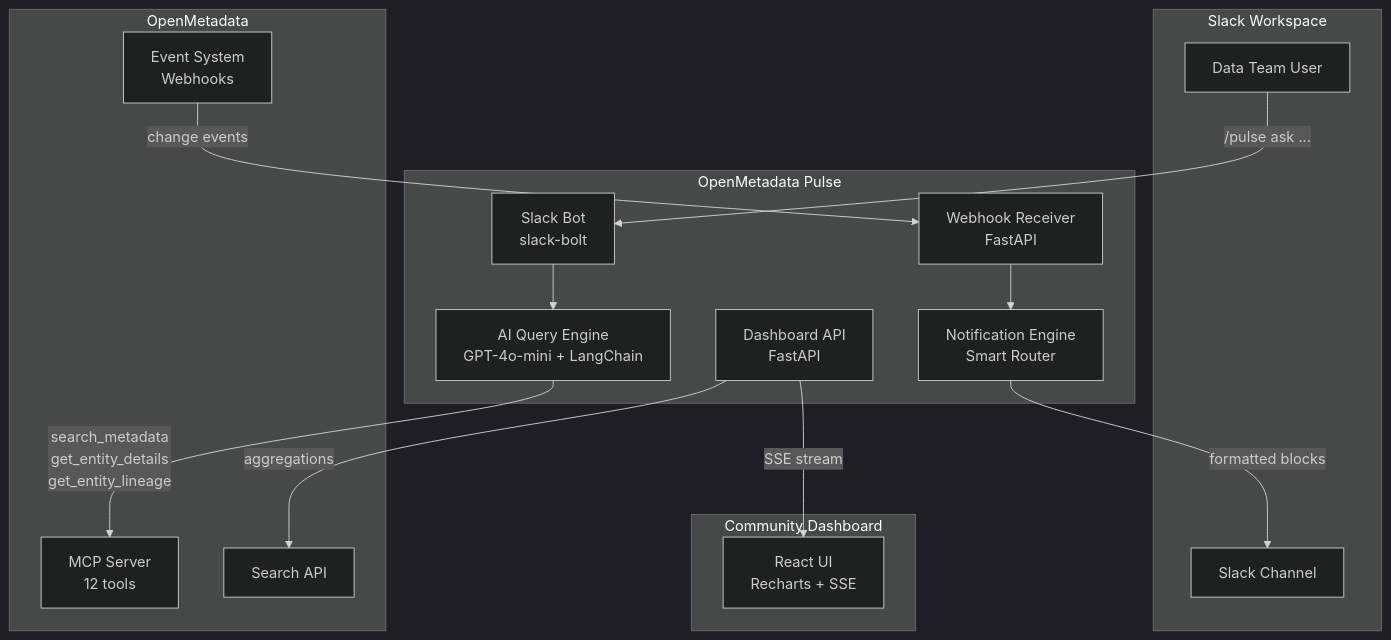
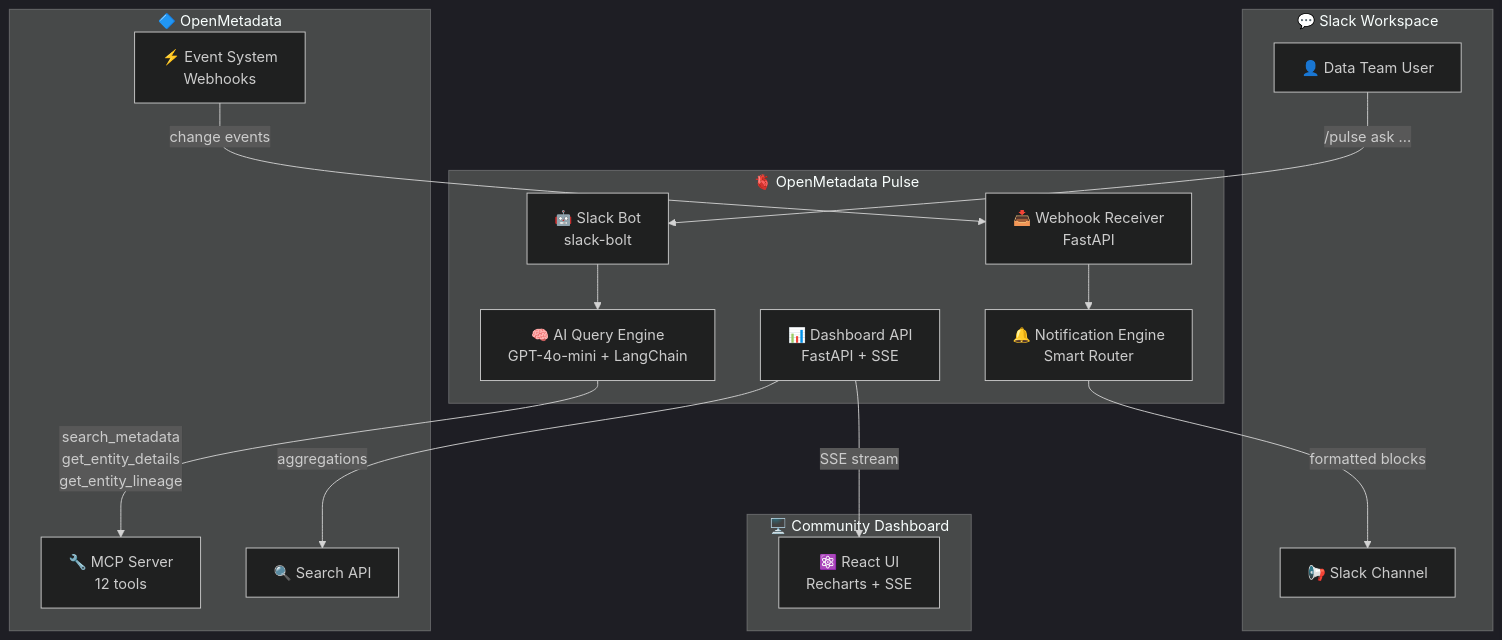
One commit to nishanthatgit/openmetadata-pulse changed the diagram in README.md. Above: the diagram before and after it, drawn with Mermaid (dark theme). The commit also changed other lines of this file, not shown here.

First line of the commit message:
docs: polish README with features, architecture, setup (#18)

````diff
--- a/README.md
+++ b/README.md
@@ -43,30 +106,34 @@
 ```mermaid
 graph TB
-    subgraph Slack["Slack Workspace"]
-        U[Data Team User]
-        SC[Slack Channel]
+    subgraph Slack["💬 Slack Workspace"]
+        U["👤 Data Team User"]
+        SC["📢 Slack Channel"]
     end
-    subgraph Pulse["OpenMetadata Pulse"]
-        SB[Slack Bot<br/>slack-bolt]
-        AI[AI Query Engine<br/>GPT-4o-mini + LangChain]
-        WH[Webhook Receiver<br/>FastAPI]
-        NE[Notification Engine<br/>Smart Router]
-        API[Dashboard API<br/>FastAPI]
+
+    subgraph Pulse["🫀 OpenMetadata Pulse"]
+        SB["🤖 Slack Bot<br/>slack-bolt"]
+        AI["🧠 AI Query Engine<br/>GPT-4o-mini + LangChain"]
+        WH["📥 Webhook Receiver<br/>FastAPI"]
+        NE["🔔 Notification Engine<br/>Smart Router"]
+        API["📊 Dashboard API<br/>FastAPI + SSE"]
     end
-    subgraph OM["OpenMetadata"]
-        MCP[MCP Server<br/>12 tools]
-        EVT[Event System<br/>Webhooks]
-        SEARCH[Search API]
+
+    subgraph OM["🔷 OpenMetadata"]
+        MCP["🔧 MCP Server<br/>12 tools"]
+        EVT["⚡ Event System<br/>Webhooks"]
+        SEARCH["🔍 Search API"]
     end
-    subgraph Dashboard["Community Dashboard"]
-        UI[React UI<br/>Recharts + SSE]
+
+    subgraph Dashboard["🖥️ Community Dashboard"]
+        UI["⚛️ React UI<br/>Recharts + SSE"]
     end
-    U -->|/pulse ask ...| SB
+
+    U -->|"/pulse ask ..."| SB
     SB --> AI
-    AI -->|search_metadata<br/>get_entity_details<br/>get_entity_lineage| MCP
-    EVT -->|change events| WH
+    AI -->|"search_metadata<br/>get_entity_details<br/>get_entity_lineage"| MCP
+    EVT -->|"change events"| WH
     WH --> NE
-    NE -->|formatted blocks| SC
-    API -->|SSE stream| UI
-    API -->|aggregations| SEARCH
+    NE -->|"formatted blocks"| SC
+    API -->|"SSE stream"| UI
+    API -->|"aggregations"| SEARCH
 ```
````
